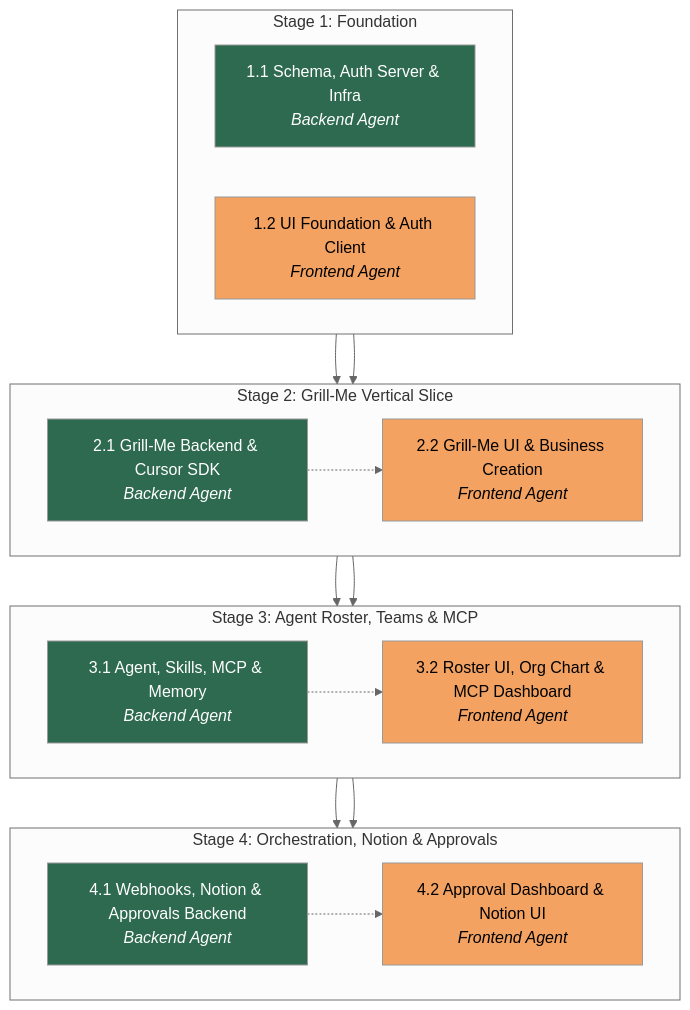
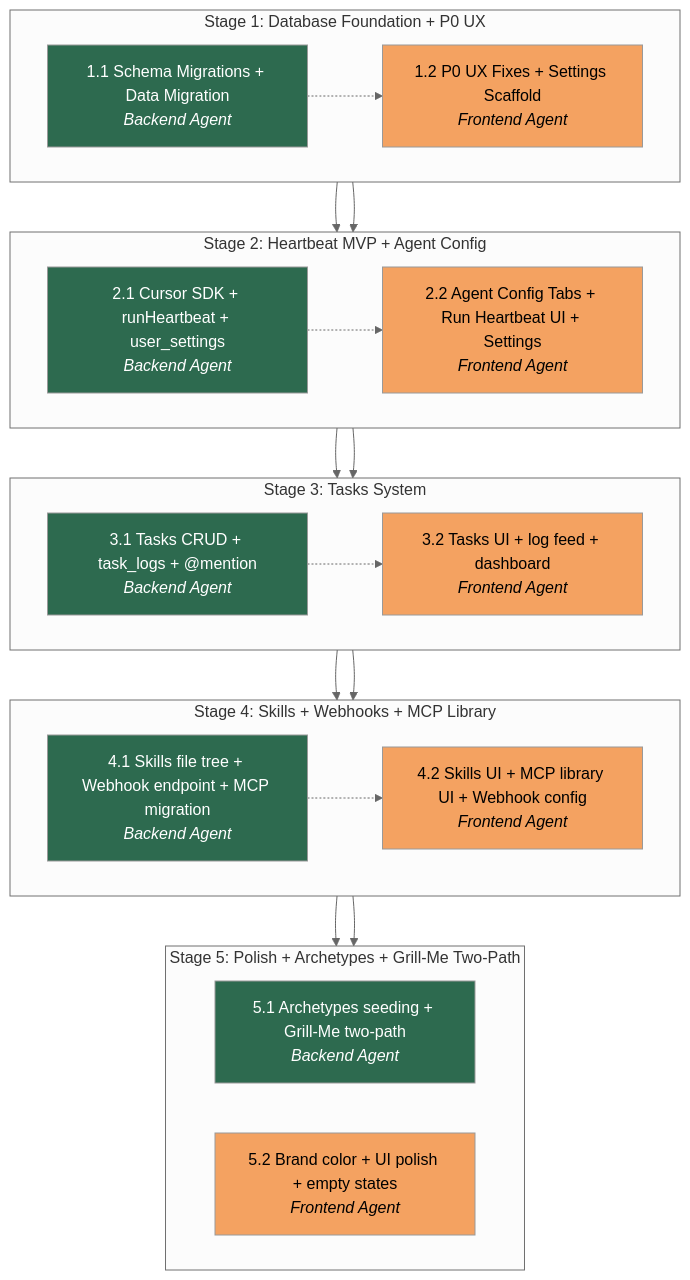
One commit to eskoubar95/ai-business changed the diagram in .apm/plan.md. Above: the diagram before and after it, drawn with Mermaid (neutral theme). The commit also changed other lines of this file and 13 other files, not shown here.

````diff
--- a/.apm/plan.md
+++ b/.apm/plan.md
@@ -33,46 +28,57 @@
 ```mermaid
 graph TB
 
-subgraph S1["Stage 1: Foundation"]
+subgraph S1["Stage 1: Database Foundation + P0 UX"]
   direction LR
-  T1_1["1.1 Schema, Auth Server & Infra<br/><i>Backend Agent</i>"]
-  T1_2["1.2 UI Foundation & Auth Client<br/><i>Frontend Agent</i>"]
+  T1_1["1.1 Schema Migrations + Data Migration<br/><i>Backend Agent</i>"]
+  T1_2["1.2 P0 UX Fixes + Settings Scaffold<br/><i>Frontend Agent</i>"]
 end
 
-subgraph S2["Stage 2: Grill-Me Vertical Slice"]
+subgraph S2["Stage 2: Heartbeat MVP + Agent Config"]
   direction LR
-  T2_1["2.1 Grill-Me Backend & Cursor SDK<br/><i>Backend Agent</i>"]
-  T2_2["2.2 Grill-Me UI & Business Creation<br/><i>Frontend Agent</i>"]
+  T2_1["2.1 Cursor SDK + runHeartbeat + user_settings<br/><i>Backend Agent</i>"]
+  T2_2["2.2 Agent Config Tabs + Run Heartbeat UI + Settings<br/><i>Frontend Agent</i>"]
 end
 
-subgraph S3["Stage 3: Agent Roster, Teams & MCP"]
+subgraph S3["Stage 3: Tasks System"]
   direction LR
-  T3_1["3.1 Agent, Skills, MCP & Memory<br/><i>Backend Agent</i>"]
-  T3_2["3.2 Roster UI, Org Chart & MCP Dashboard<br/><i>Frontend Agent</i>"]
+  T3_1["3.1 Tasks CRUD + task_logs + @mention<br/><i>Backend Agent</i>"]
+  T3_2["3.2 Tasks UI + log feed + dashboard<br/><i>Frontend Agent</i>"]
 end
 
-subgraph S4["Stage 4: Orchestration, Notion & Approvals"]
+subgraph S4["Stage 4: Skills + Webhooks + MCP Library"]
   direction LR
-  T4_1["4.1 Webhooks, Notion & Approvals Backend<br/><i>Backend Agent</i>"]
-  T4_2["4.2 Approval Dashboard & Notion UI<br/><i>Frontend Agent</i>"]
+  T4_1["4.1 Skills file tree + Webhook endpoint + MCP migration<br/><i>Backend Agent</i>"]
+  T4_2["4.2 Skills UI + MCP library UI + Webhook config<br/><i>Frontend Agent</i>"]
+end
+
+subgraph S5["Stage 5: Polish + Archetypes + Grill-Me Two-Path"]
+  direction LR
+  T5_1["5.1 Archetypes seeding + Grill-Me two-path<br/><i>Backend Agent</i>"]
+  T5_2["5.2 Brand color + UI polish + empty states<br/><i>Frontend Agent</i>"]
 end
 
 T1_1 --> T2_1
 T1_2 --> T2_2
-T2_1 -.-> T2_2
+T1_1 -.-> T1_2
 T2_1 --> T3_1
 T2_2 --> T3_2
-T3_1 -.-> T3_2
+T2_1 -.-> T2_2
 T3_1 --> T4_1
 T3_2 --> T4_2
+T3_1 -.-> T3_2
+T4_1 --> T5_1
+T4_2 --> T5_2
 T4_1 -.-> T4_2
 
 style T1_1 fill:#2d6a4f,color:#fff
 style T2_1 fill:#2d6a4f,color:#fff
 style T3_1 fill:#2d6a4f,color:#fff
 style T4_1 fill:#2d6a4f,color:#fff
+style T5_1 fill:#2d6a4f,color:#fff
 style T1_2 fill:#f4a261,color:#000
 style T2_2 fill:#f4a261,color:#000
 style T3_2 fill:#f4a261,color:#000
 style T4_2 fill:#f4a261,color:#000
+style T5_2 fill:#f4a261,color:#000
 ```
````
